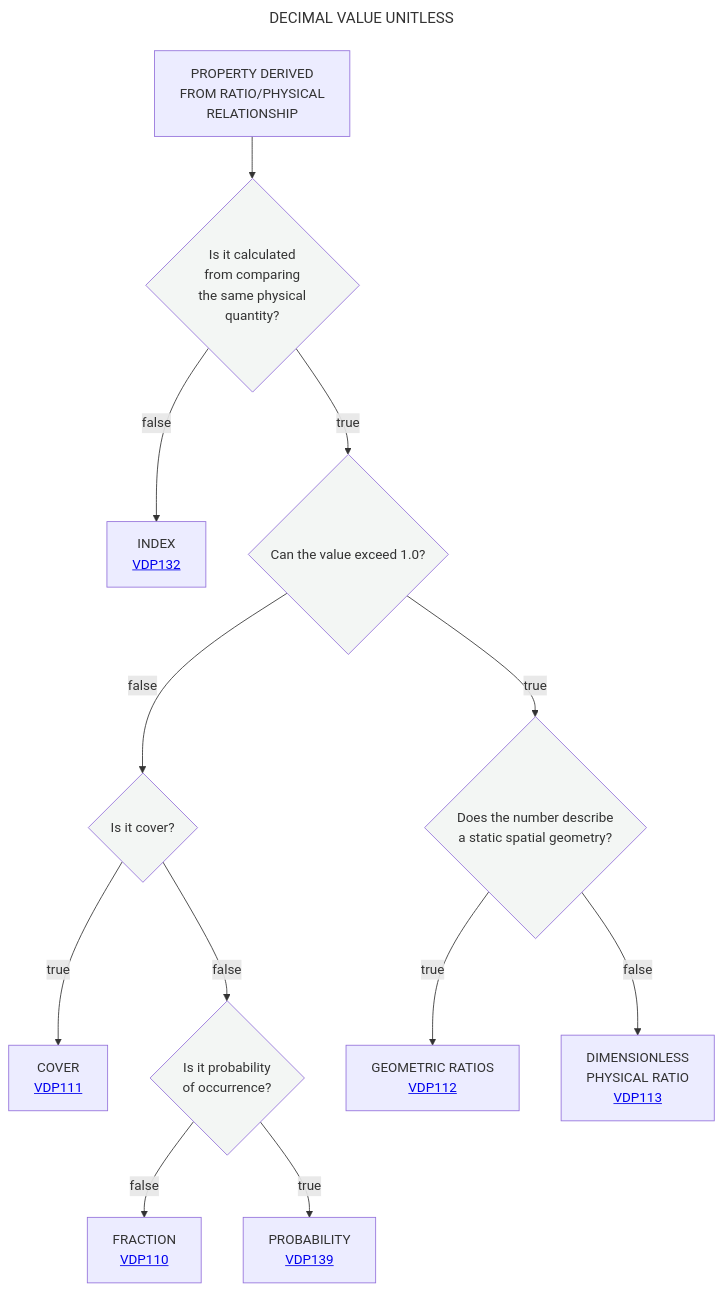
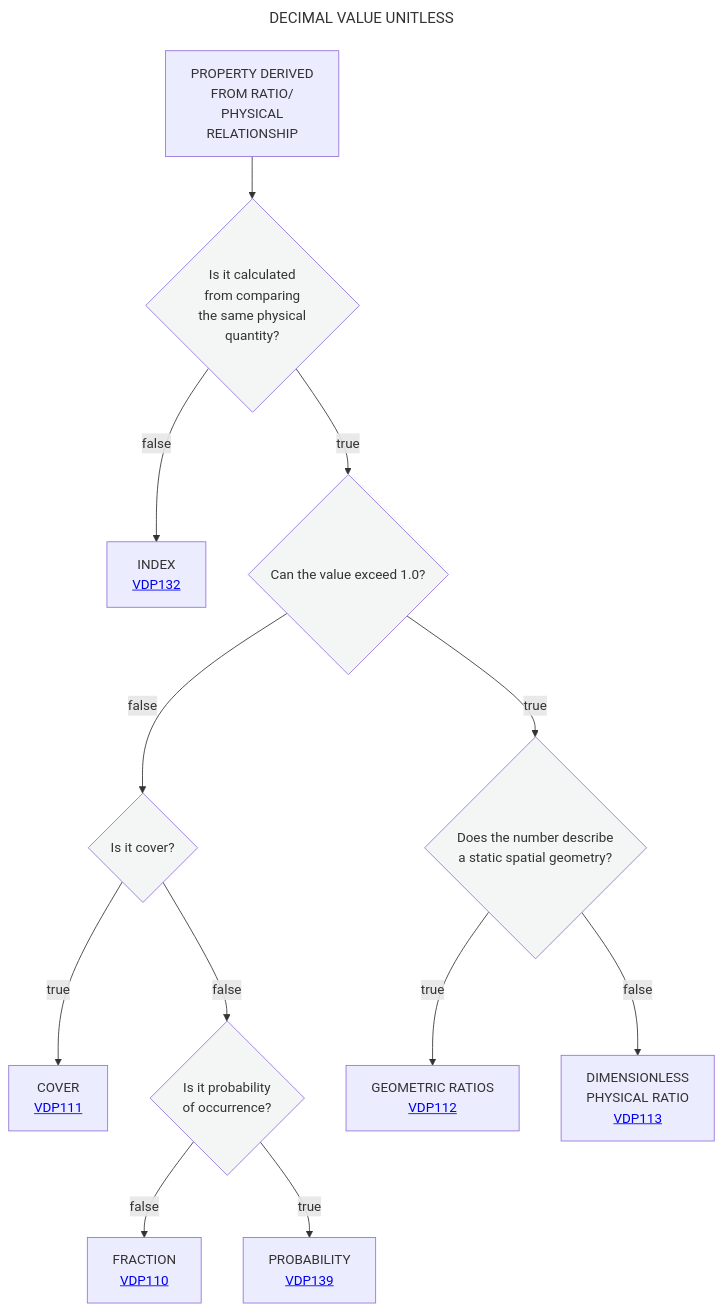
The diagram in Decisition_trees/DT1.mmd (mabablue/I-ADOPT-patterns-playground), drawn with Mermaid before and after one commit.

Commit message:
Fix formatting in DT1.mmd flowchart

```diff
--- a/Decisition_trees/DT1.mmd
+++ b/Decisition_trees/DT1.mmd
@@ -1,19 +1,19 @@
 ---
 title: DECIMAL VALUE UNITLESS
 ---
 flowchart TD
-    A[PROPERTY DERIVED <br> FROM RATIO/PHYSICAL <br> RELATIONSHIP] --> B{Is it calculated <br> from comparing <br> the same physical <br> quantity?}:::white
+    A[PROPERTY DERIVED <br> FROM RATIO/<br>PHYSICAL <br> RELATIONSHIP] --> B{Is it calculated <br> from comparing <br> the same physical <br> quantity?}:::white
     B --> |false|C[INDEX <br> <a href='https://github.com/mabablue/I-ADOPT-patterns-playground/blob/main/pattern/VDP132.yaml'>VDP132</a>]
     B --> |true|D{Can the value exceed 1.0?}:::white
     D --> |false|E{Is it cover?}:::white
     D --> |true|L{Does the number describe <br> a static spatial geometry?}:::white
     E --> |true|G[COVER <br> <a href='https://github.com/mabablue/I-ADOPT-patterns-playground/blob/main/pattern/VDP111.yaml'>VDP111</a>]
     E --> |false|H{Is it probability <br> of occurrence?}:::white
     H --> |false|I[FRACTION <br> <a href='https://github.com/mabablue/I-ADOPT-patterns-playground/blob/main/pattern/VDP110.yaml'>VDP110</a>]
     H --> |true|J[PROBABILITY <br> <a href='https://github.com/mabablue/I-ADOPT-patterns-playground/blob/main/pattern/VDP139.yaml'>VDP139</a>]
     L --> |true|M[GEOMETRIC RATIOS <br> <a href='https://github.com/mabablue/I-ADOPT-patterns-playground/blob/main/pattern/VDP112.yaml'>VDP112</a>] 
     L --> |false|N[DIMENSIONLESS <br> PHYSICAL RATIO <br> <a href='https://github.com/mabablue/I-ADOPT-patterns-playground/blob/main/pattern/VDP113.yaml'>VDP113</a>]
    classDef blue fill:#90D5FF
    classDef satblue fill:#57B9FF 
    classDef white fill:#f3f6f4
    classDef green fill:#6aa84f
```
